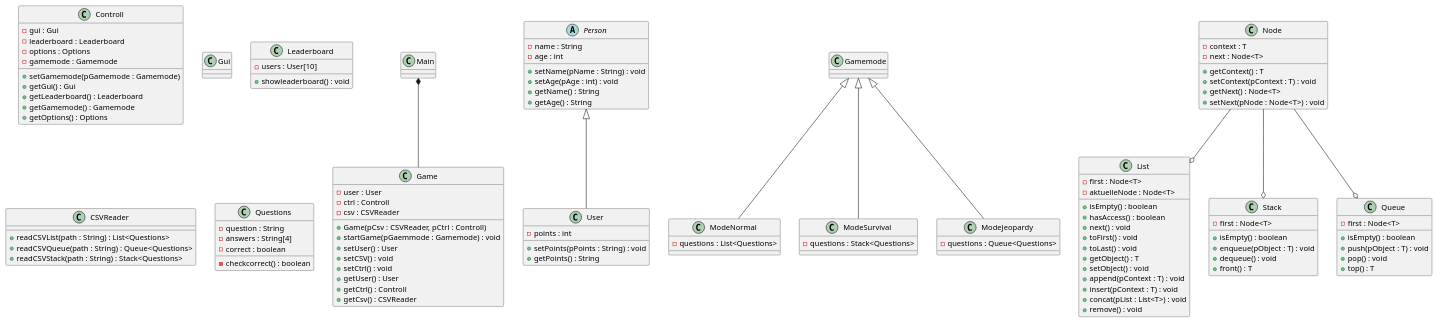
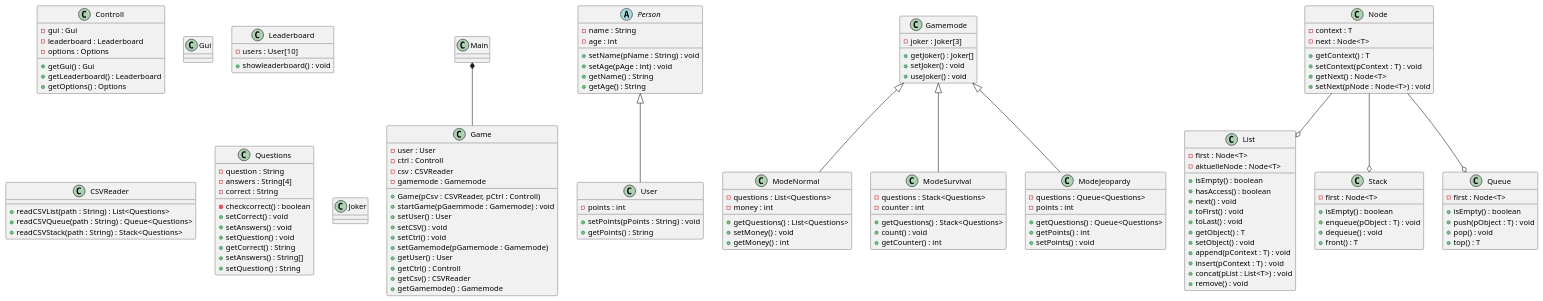
Before and after one commit to Kevin-Kroeger/dynamische-Datenstrukturen-Team-4: the diagram in doku/lastenheft/Diagramme/Klassendiagramm.puml, drawn with PlantUML. The commit also changed 1 other file, not shown here.

Commit message:
[CHA] Klassendiagramm.puml + Lastenheft.md 3.1

```diff
--- a/doku/lastenheft/Diagramme/Klassendiagramm.puml
+++ b/doku/lastenheft/Diagramme/Klassendiagramm.puml
@@ -1,146 +1,171 @@
 @startuml
- 'https://plantuml.com/class-diagram
+'https://plantuml.com/class-diagram
 
 class Main
 
 class Game{
 - user : User
 - ctrl : Controll
 - csv : CSVReader
+- gamemode : Gamemode
+
 
 + Game(pCsv : CSVReader, pCtrl : Controll)
 + startGame(pGaemmode : Gamemode) : void
 + setUser() : User
 + setCSV() : void
 + setCtrl() : void
++ setGamemode(pGamemode : Gamemode)
 + getUser() : User
 + getCtrl() : Controll
 + getCsv() : CSVReader
++ getGamemode() : Gamemode
 }
 
 
 class Controll{
 
 - gui : Gui
 - leaderboard : Leaderboard
 - options : Options
-- gamemode : Gamemode
-
-+ setGamemode(pGamemode : Gamemode)
 + getGui() : Gui
 + getLeaderboard() : Leaderboard
-+ getGamemode() : Gamemode
 + getOptions() : Options
 }
 
 class User{
 - points : int
 
 + setPoints(pPoints : String) : void
 + getPoints() : String
 }
 
 abstract class Person{
 - name : String
 - age : int
 
 + setName(pName : String) : void
 + setAge(pAge : int) : void
 + getName() : String
 + getAge() : String
 }
 
 class Gui{
 
 }
 
 class Leaderboard{
 - users : User[10]
 + showleaderboard() : void
  }
 
 class CSVReader{
 + readCSVList(path : String) : List<Questions>
 + readCSVQueue(path : String) : Queue<Questions>
 + readCSVStack(path : String) : Stack<Questions>
 
 }
 
 
 class Questions{
 - question : String
 - answers : String[4]
-- correct : boolean
+- correct : String
 - checkcorrect() : boolean
++ setCorrect() : void
++ setAnswers() : void
++ setQuestion() : void
++ getCorrect() : String
++ setAnswers() : String[]
++ setQuestion() : String
 }
 
 
 class Gamemode{
-
+- joker : Joker[3]
++ getJoker() : Joker[]
++ setJoker() : void
++ useJoker() : void
 }
 
 class ModeNormal extends Gamemode{
 - questions : List<Questions>
+- money : int
++ getQuestions() : List<Questions>
++ setMoney() : void
++ getMoney() : int
 }
 
 class ModeSurvival extends Gamemode{
 - questions : Stack<Questions>
+- counter : int
++ getQuestions() : Stack<Questions>
++ count() : void
++ getCounter() : int
 }
 
 class ModeJeopardy extends Gamemode{
 - questions : Queue<Questions>
+- points : int
++ getQuestions() : Queue<Questions>
++ getPoints() : int
++ setPoints() : void
 }
 
 class Node{
 - context : T
 - next : Node<T>
 
 + getContext() : T
 + setContext(pContext : T) : void
 + getNext() : Node<T>
 + setNext(pNode : Node<T>) : void
 }
 
 class List{
 - first : Node<T>
 - aktuelleNode : Node<T>
 
 + isEmpty() : boolean
 + hasAccess() : boolean
 + next() : void
 + toFirst() : void
 + toLast() : void
 + getObject() : T
 + setObject() : void
 + append(pContext : T) : void
 + insert(pContext : T) : void
 + concat(pList : List<T>) : void
 + remove() : void
 }
 
 class Stack{
 - first : Node<T>
 
 + isEmpty() : boolean
 + enqueue(pObject : T) : void
 + dequeue() : void
 + front() : T
 }
 
 class Queue{
 - first : Node<T>
 
 + isEmpty() : boolean
 + push(pObject : T) : void
 + pop() : void
 + top() : T
 }
 
+class Joker{
+
+}
+
 Main *-- Game
 
 Person <|-- User
 
 Node --o Stack
 Node --o Queue
 Node --o List
 @enduml
```
